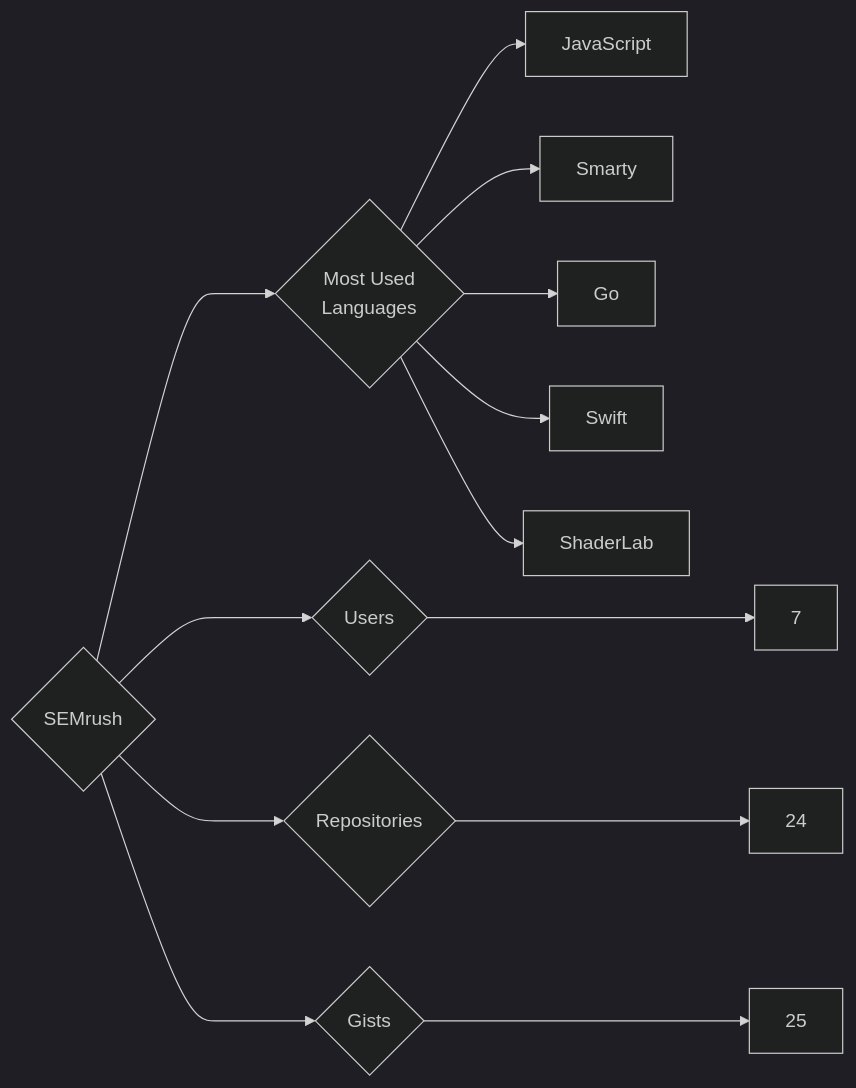
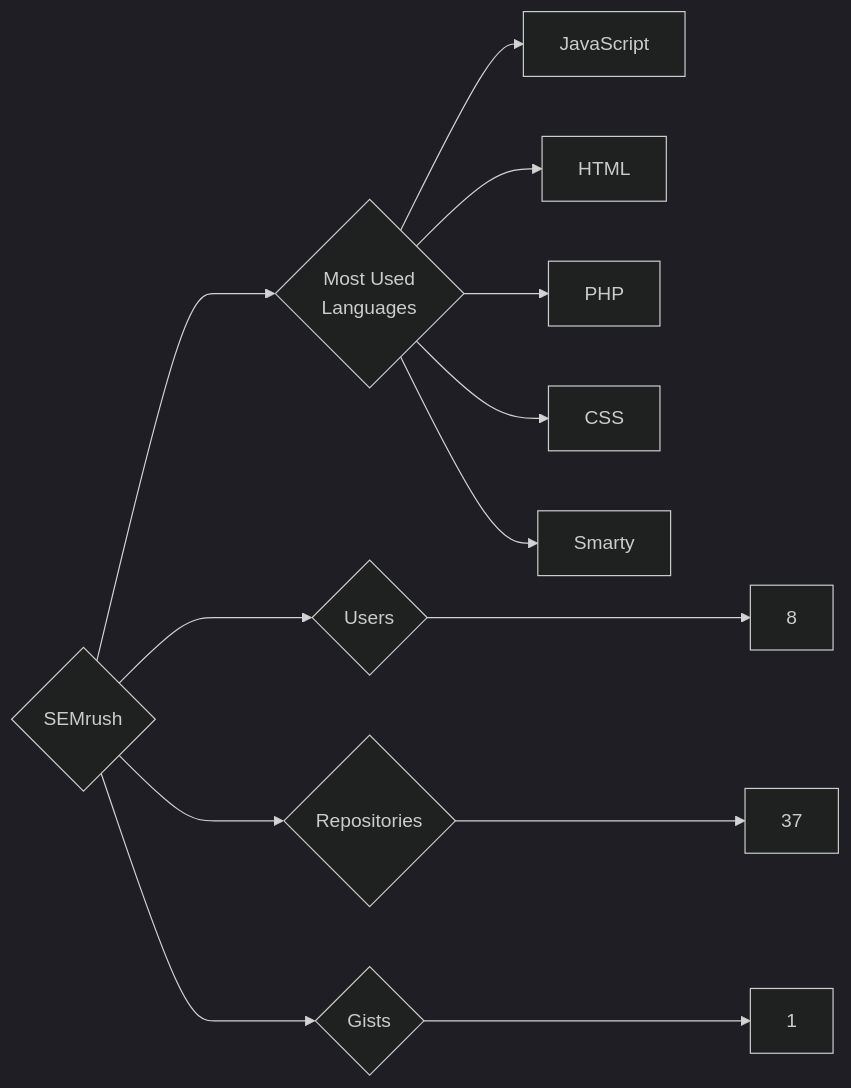
Before and after one commit to trickest/insiders: the diagram in targets/SEMrush/README.md, drawn with Mermaid (dark theme). The commit also changed 835 other files, not shown here.

````diff
--- a/targets/SEMrush/README.md
+++ b/targets/SEMrush/README.md
@@ -3,13 +3,13 @@
 ```mermaid
 graph LR
 COMPANY_NAME{SEMrush}
-COMPANY_NAME ---> U{Users} ---> UN[7]
-COMPANY_NAME ---> R{Repositories} ---> RN[24]
-COMPANY_NAME ---> G{Gists} ---> GN[25]
+COMPANY_NAME ---> U{Users} ---> UN[8]
+COMPANY_NAME ---> R{Repositories} ---> RN[37]
+COMPANY_NAME ---> G{Gists} ---> GN[1]
 COMPANY_NAME ---> ML{Most Used<br>Languages}
 ML --> JavaScript[JavaScript]
+ML --> HTML[HTML]
+ML --> PHP[PHP]
+ML --> CSS[CSS]
 ML --> Smarty[Smarty]
-ML --> Go[Go]
-ML --> Swift[Swift]
-ML --> ShaderLab[ShaderLab]
 ```
````
